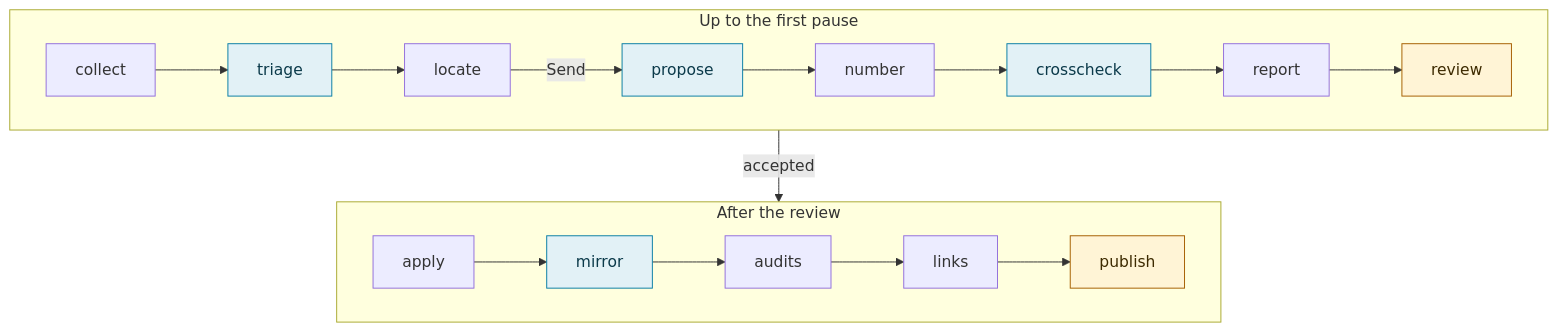
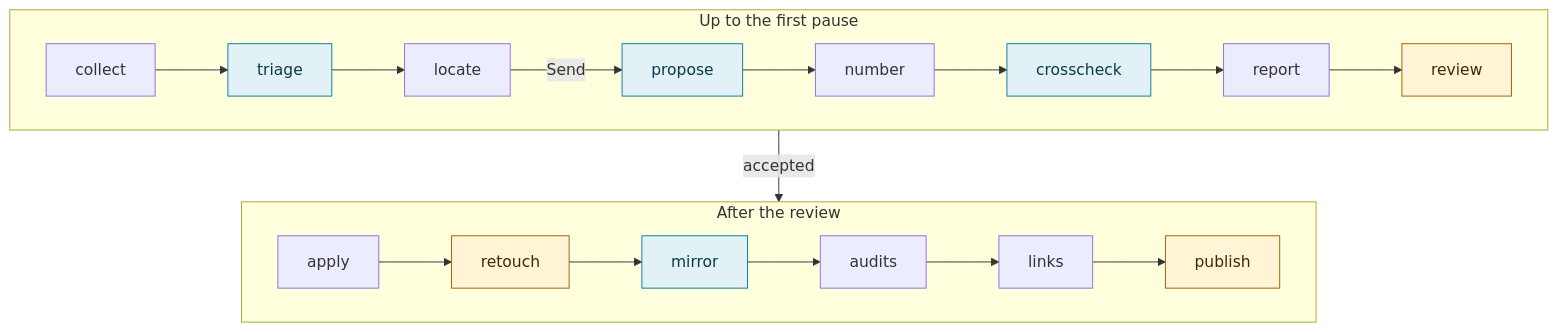
One commit to DamienBecherini/vault-watch-agent changed the second of 6 diagrams in docs/code.md. Above: the diagram before and after it, drawn with Mermaid. The commit also changed other lines of this file and 22 other files, not shown here.

Commit message:
H3: a pause to retouch the pages of the branch before the mirrors (the guide's folder lent to Obsidian, drafts set aside and put back, an editor in the page, the retouches committed as the editor's; resume --retouch)

````diff
--- a/docs/code.md
+++ b/docs/code.md
@@ -119,16 +120,16 @@
 ```mermaid
 flowchart TB
   subgraph before["Up to the first pause"]
     direction LR
     collect --> triage --> locate -->|"Send"| propose --> number --> crosscheck --> report --> review
   end
   subgraph after["After the review"]
     direction LR
-    apply --> mirror --> audits --> links --> publish
+    apply --> retouch --> mirror --> audits --> links --> publish
   end
   before -->|"accepted"| after
   classDef pause fill:#fff4d6,stroke:#a65f00,color:#3d2a00
   classDef model fill:#e2f1f6,stroke:#0a7ea4,color:#0b3a4a
-  class review,publish pause
+  class review,retouch,publish pause
   class triage,propose,crosscheck,mirror model
 ```
````
